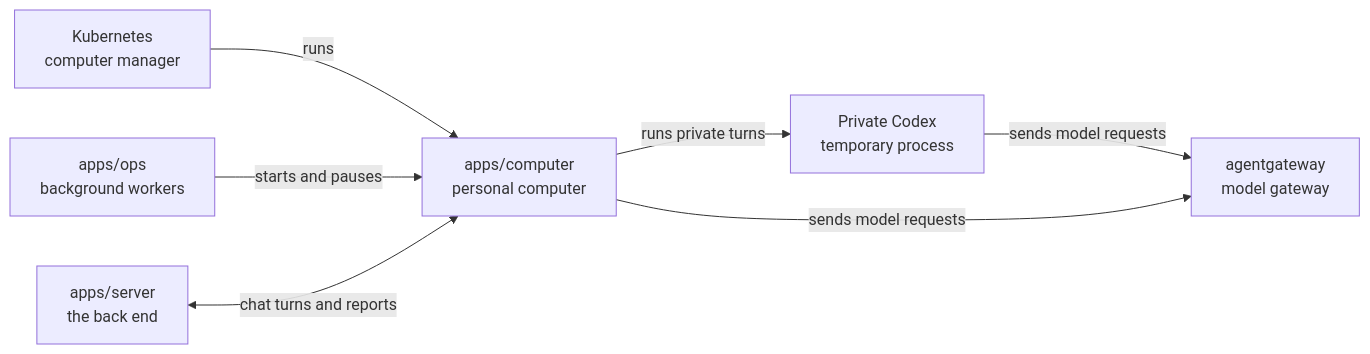
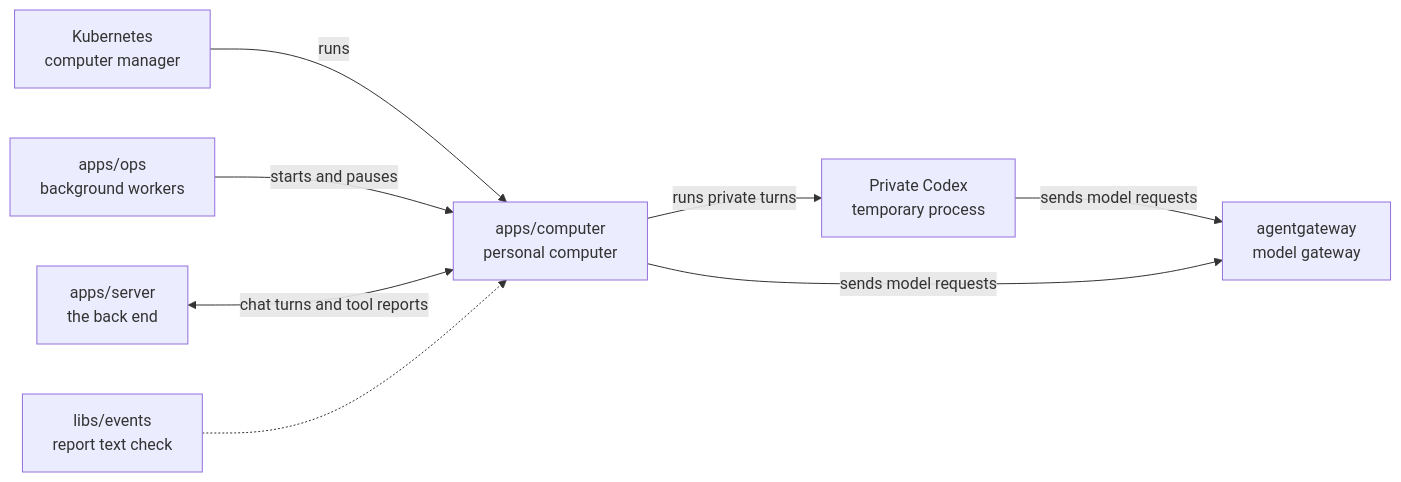
The diagram in apps/computer/README.md (elewa-git/opencrane-new), drawn with Mermaid before and after one commit. The commit also changed other lines of this file and 44 other files, not shown here.

First line of the commit message:
🧰 Tool calls appear in the chat while they run and when they finish (#250)

````diff
--- a/apps/computer/README.md
+++ b/apps/computer/README.md
@@ -15,9 +15,10 @@
 ```mermaid
 flowchart LR
   kube["Kubernetes<br/>computer manager"] -->|runs| computer["apps/computer<br/>personal computer"]
   ops["apps/ops<br/>background workers"] -->|starts and pauses| computer
-  server["apps/server<br/>the back end"] <-->|chat turns and reports| computer
+  server["apps/server<br/>the back end"] <-->|chat turns and tool reports| computer
+  events["libs/events<br/>report text check"] -.-> computer
   computer -->|runs private turns| private["Private Codex<br/>temporary process"]
   private -->|sends model requests| gateway
   computer -->|sends model requests| gateway["agentgateway<br/>model gateway"]
 ```
````
